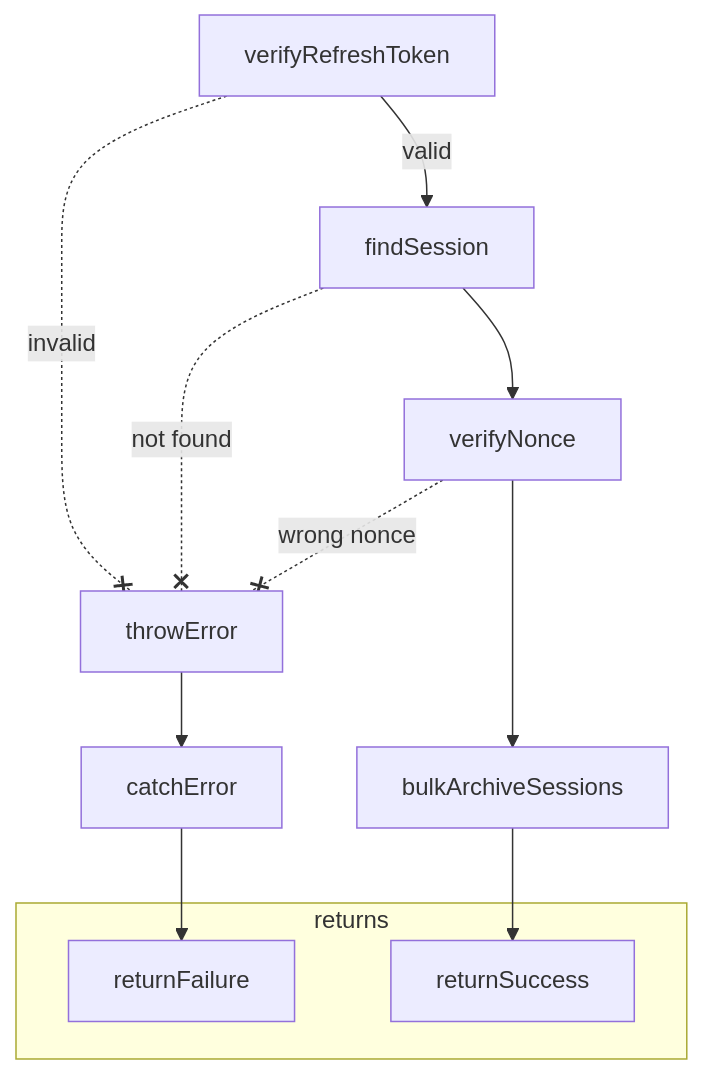
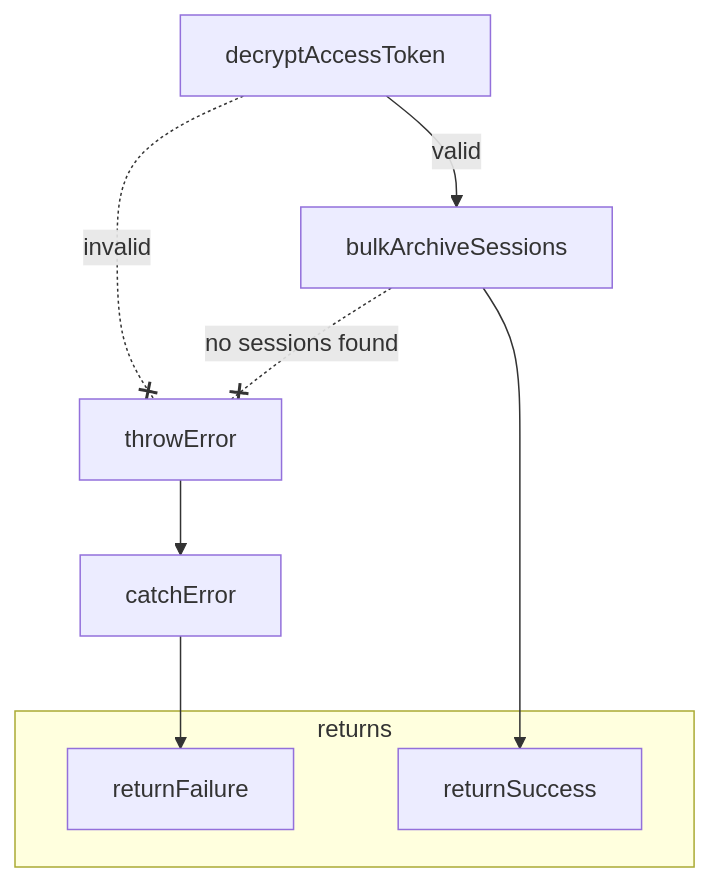
Before and after one commit to lotap/wunshot: the sixth of 6 diagrams in src/content/docs/auth/universal-ops.mdx, drawn with Mermaid. The commit also changed other lines of this file and 2 other files, not shown here.

Commit message:
auth lifecycle descriptions

````diff
--- a/src/content/docs/auth/universal-ops.mdx
+++ b/src/content/docs/auth/universal-ops.mdx
@@ -185,25 +185,23 @@
 ```mermaid
 flowchart
 
-verifyRefreshToken
-findSession
-verifyNonce
+decryptAccessToken
+
 bulkArchiveSessions
 
 throwError
 catchError
 returnFailure
 
-verifyRefreshToken -- valid --> findSession --> verifyNonce --> bulkArchiveSessions --> returnSuccess
+decryptAccessToken -- valid --> bulkArchiveSessions --> returnSuccess
 
-verifyRefreshToken -. invalid .-x throwError
-findSession -. not found .-x throwError
-verifyNonce -. wrong nonce .-x throwError
+decryptAccessToken -. invalid .-x throwError
+bulkArchiveSessions -. no sessions found .-x throwError
 
 throwError --> catchError --> returnFailure
 
 subgraph returns
   returnSuccess
   returnFailure
 end
 ```
````
